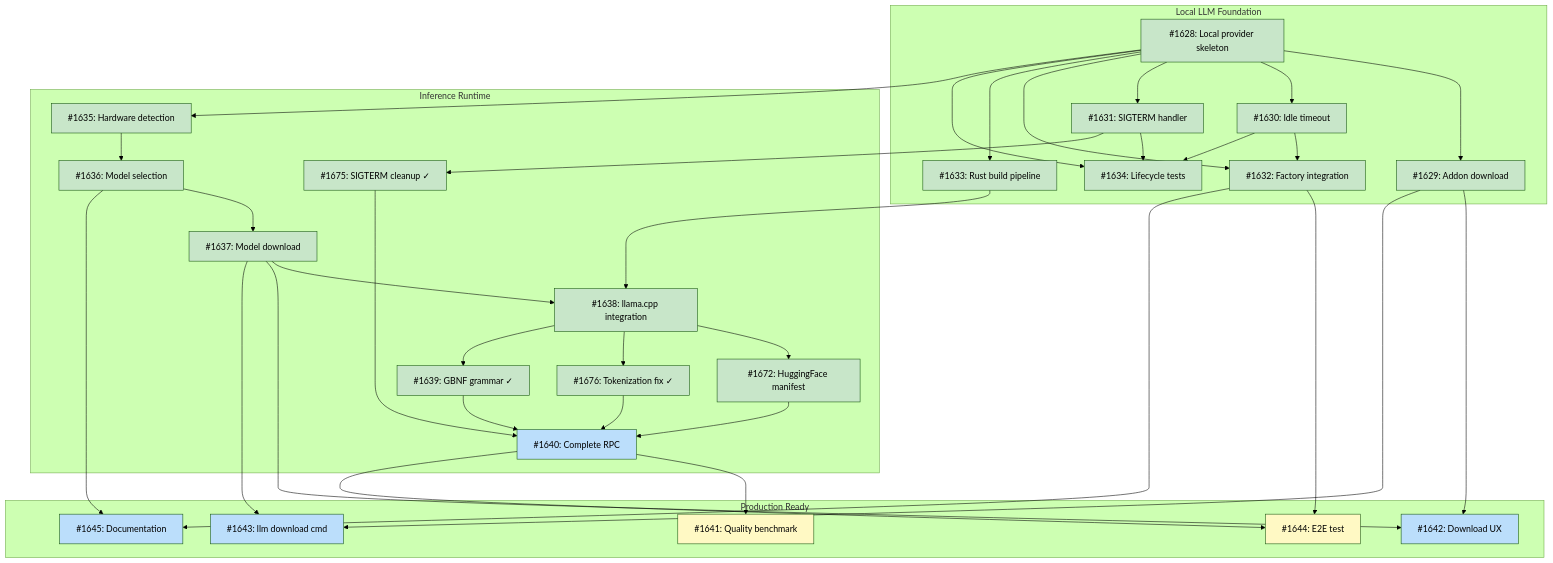
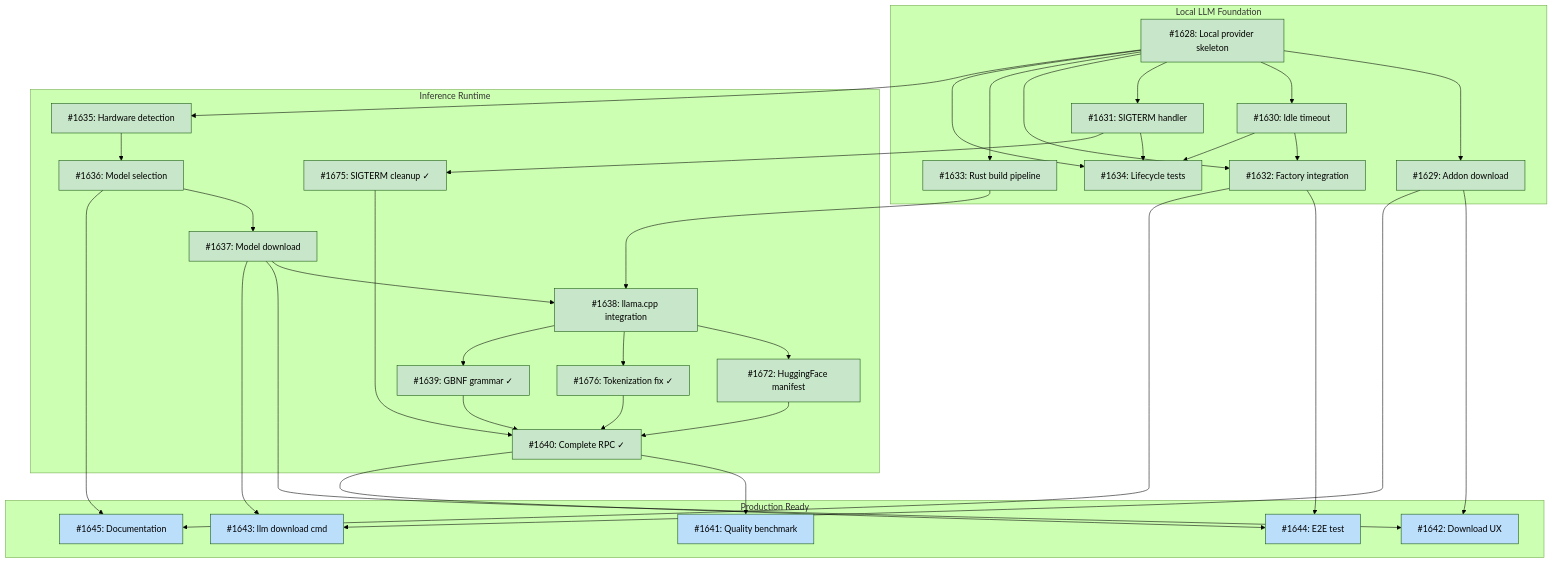
The diagram in docs/designs/DESIGN-local-llm-runtime.md (tsukumogami/tsuku), drawn with Mermaid (forest theme) before and after one commit. The commit also changed other lines of this file, not shown here.

Commit message:
docs(design): mark #1640 Complete RPC as done
Update design doc to reflect completion of wiring Complete RPC to
llama.cpp inference. Issue #1640 implemented ChatML prompt formatting,
token generation, detokenization, and tool call parsing.

E2E validation confirmed: daemon starts, accepts gRPC requests, and
returns generated text. Grammar-constrained generation has a known
issue with multi-character token boundaries (tracked separately).

````diff
--- a/docs/designs/DESIGN-local-llm-runtime.md
+++ b/docs/designs/DESIGN-local-llm-runtime.md
@@ -80,73 +80,72 @@
 ```mermaid
 graph TD
     subgraph M1["Local LLM Foundation"]
         I1628["#1628: Local provider skeleton"]
         I1629["#1629: Addon download"]
         I1630["#1630: Idle timeout"]
         I1631["#1631: SIGTERM handler"]
         I1632["#1632: Factory integration"]
         I1633["#1633: Rust build pipeline"]
         I1634["#1634: Lifecycle tests"]
     end
 
     subgraph M2["Inference Runtime"]
         I1635["#1635: Hardware detection"]
         I1636["#1636: Model selection"]
         I1637["#1637: Model download"]
         I1638["#1638: llama.cpp integration"]
         I1672["#1672: HuggingFace manifest"]
         I1675["#1675: SIGTERM cleanup ✓"]
         I1676["#1676: Tokenization fix ✓"]
         I1639["#1639: GBNF grammar ✓"]
-        I1640["#1640: Complete RPC"]
+        I1640["#1640: Complete RPC ✓"]
     end
 
     subgraph M3["Production Ready"]
         I1641["#1641: Quality benchmark"]
         I1642["#1642: Download UX"]
         I1643["#1643: llm download cmd"]
         I1644["#1644: E2E test"]
         I1645["#1645: Documentation"]
     end
 
     I1628 --> I1629
     I1628 --> I1630
     I1628 --> I1631
     I1628 --> I1632
     I1630 --> I1632
     I1628 --> I1633
     I1628 --> I1634
     I1630 --> I1634
     I1631 --> I1634
     I1628 --> I1635
     I1635 --> I1636
     I1636 --> I1637
     I1633 --> I1638
     I1637 --> I1638
     I1638 --> I1672
     I1631 --> I1675
     I1638 --> I1676
     I1638 --> I1639
     I1672 --> I1640
     I1675 --> I1640
     I1676 --> I1640
     I1639 --> I1640
     I1640 --> I1641
     I1629 --> I1642
     I1637 --> I1642
     I1629 --> I1643
     I1637 --> I1643
     I1640 --> I1644
     I1632 --> I1644
     I1632 --> I1645
     I1636 --> I1645
 
     classDef done fill:#c8e6c9
     classDef ready fill:#bbdefb
     classDef blocked fill:#fff9c4
     classDef needsDesign fill:#e1bee7
 
-    class I1628,I1629,I1630,I1631,I1632,I1633,I1634,I1635,I1636,I1637,I1638,I1672,I1675,I1676,I1639 done
-    class I1640,I1642,I1643,I1645 ready
-    class I1641,I1644 blocked
+    class I1628,I1629,I1630,I1631,I1632,I1633,I1634,I1635,I1636,I1637,I1638,I1672,I1675,I1676,I1639,I1640 done
+    class I1641,I1642,I1643,I1644,I1645 ready
 ```
````
